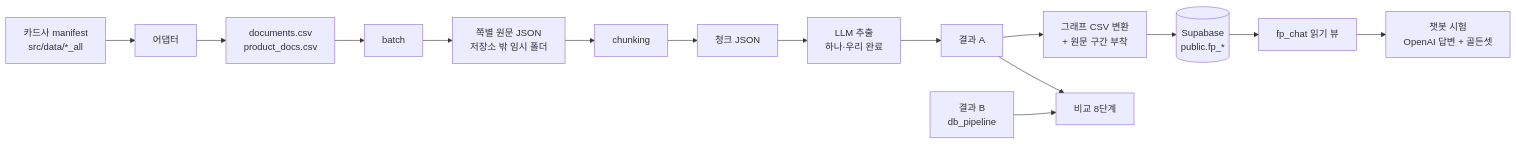
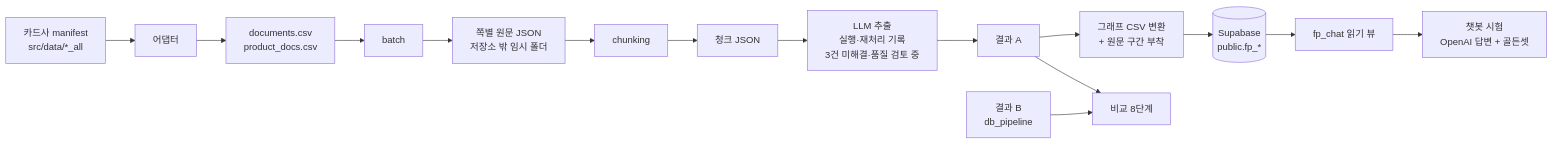
The third of 3 diagrams in docs/프로젝트-지도.md (encore-ai-campus/mle-02-p2-team3), drawn with Mermaid before and after one commit. The commit also changed other lines of this file and 2 other files, not shown here.

````diff
--- a/docs/프로젝트-지도.md
+++ b/docs/프로젝트-지도.md
@@ -76,11 +232,11 @@
 ```mermaid
 flowchart LR
     M[카드사 manifest<br/>src/data/*_all] --> AD[어댑터] --> IDX[documents.csv<br/>product_docs.csv]
     IDX --> BT[batch] --> TJ[쪽별 원문 JSON<br/>저장소 밖 임시 폴더]
     TJ --> CK[chunking] --> CJ[청크 JSON]
-    CJ --> LLM[LLM 추출<br/>하나·우리 완료] --> RA[결과 A]
+    CJ --> LLM[LLM 추출<br/>실행·재처리 기록<br/>3건 미해결·품질 검토 중] --> RA[결과 A]
     RA --> EXP[그래프 CSV 변환<br/>+ 원문 구간 부착] --> DB[(Supabase<br/>public.fp_*)]
     DB --> VW[fp_chat 읽기 뷰] --> BOT[챗봇 시험<br/>OpenAI 답변 + 골든셋]
     RA --> CMP[비교 8단계]
     RB[결과 B<br/>db_pipeline] --> CMP
 ```
````
